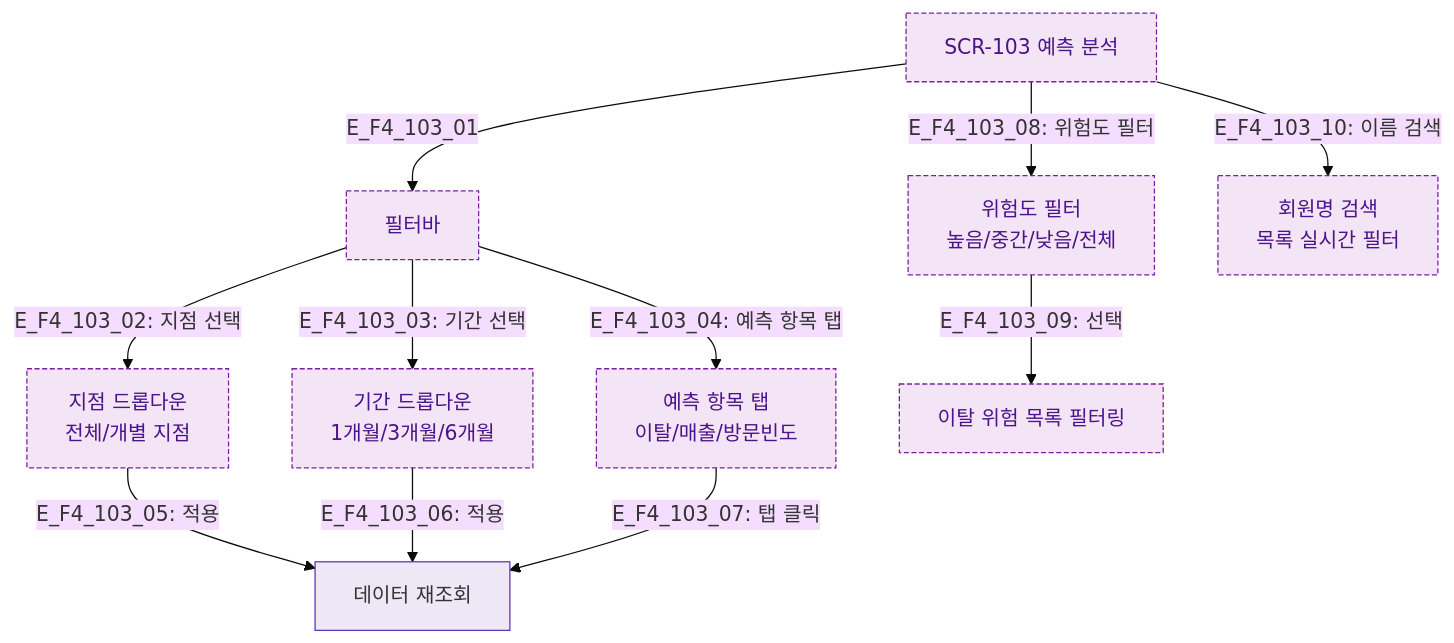
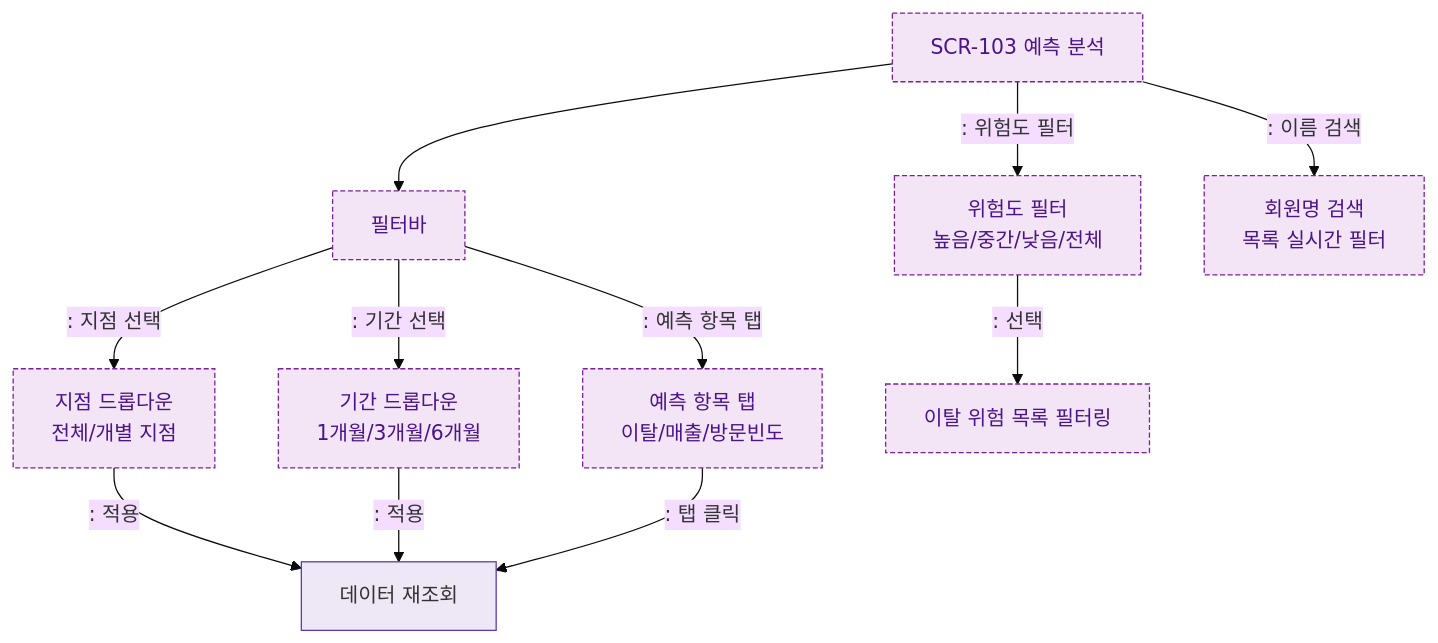
Before and after one commit to dev-spogym/admin-pando: the diagram in docs/다이어그램/D10_본사관리/SCR-103_예측분석/F4_필터검색정렬.md, drawn with Mermaid (base theme). The commit also changed other lines of this file and 1660 other files, not shown here.

First line of the commit message:
다이어그램: 기획자/클라이언트 납품본으로 정리

````diff
--- a/docs/다이어그램/D10_본사관리/SCR-103_예측분석/F4_필터검색정렬.md
+++ b/docs/다이어그램/D10_본사관리/SCR-103_예측분석/F4_필터검색정렬.md
@@ -14,25 +12,25 @@
 ```mermaid
 flowchart TD
     SCR103[SCR-103 예측 분석]
 
-    SCR103 -->|E_F4_103_01| FilterBar[필터바]
-    FilterBar -->|"E_F4_103_02: 지점 선택"| BranchFilter[지점 드롭다운\n전체/개별 지점]
-    FilterBar -->|"E_F4_103_03: 기간 선택"| PeriodFilter[기간 드롭다운\n1개월/3개월/6개월]
-    FilterBar -->|"E_F4_103_04: 예측 항목 탭"| ItemFilter[예측 항목 탭\n이탈/매출/방문빈도]
+    SCR103 --> FilterBar[필터바]
+    FilterBar -->|": 지점 선택"|BranchFilter[지점 드롭다운\n전체/개별 지점]
+    FilterBar -->|": 기간 선택"|PeriodFilter[기간 드롭다운\n1개월/3개월/6개월]
+    FilterBar -->|": 예측 항목 탭"|ItemFilter[예측 항목 탭\n이탈/매출/방문빈도]
 
-    BranchFilter -->|"E_F4_103_05: 적용"| Reload[데이터 재조회]
-    PeriodFilter -->|"E_F4_103_06: 적용"| Reload
-    ItemFilter -->|"E_F4_103_07: 탭 클릭"| Reload
+    BranchFilter -->|": 적용"|Reload[데이터 재조회]
+    PeriodFilter -->|": 적용"|Reload
+    ItemFilter -->|": 탭 클릭"|Reload
 
-    SCR103 -->|"E_F4_103_08: 위험도 필터"| RiskFilter[위험도 필터\n높음/중간/낮음/전체]
-    RiskFilter -->|"E_F4_103_09: 선택"| ListFilter[이탈 위험 목록 필터링]
+    SCR103 -->|": 위험도 필터"|RiskFilter[위험도 필터\n높음/중간/낮음/전체]
+    RiskFilter -->|": 선택"|ListFilter[이탈 위험 목록 필터링]
 
-    SCR103 -->|"E_F4_103_10: 이름 검색"| SearchMember[회원명 검색\n목록 실시간 필터]
+    SCR103 -->|": 이름 검색"|SearchMember[회원명 검색\n목록 실시간 필터]
 
     classDef screen fill:#E3F2FD,stroke:#1976D2,color:#0D47A1
     classDef newFeature fill:#F3E5F5,stroke:#7B1FA2,color:#4A148C,stroke-dasharray:4 2
     classDef system fill:#EDE7F6,stroke:#5E35B2
     class SCR103 newFeature
     class FilterBar,BranchFilter,PeriodFilter,ItemFilter,RiskFilter,ListFilter,SearchMember newFeature
     class Reload system
 ```
````
